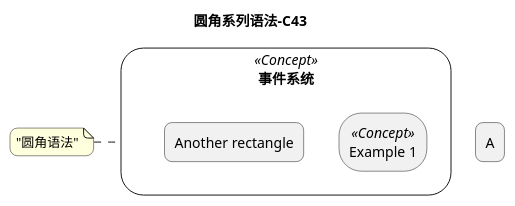
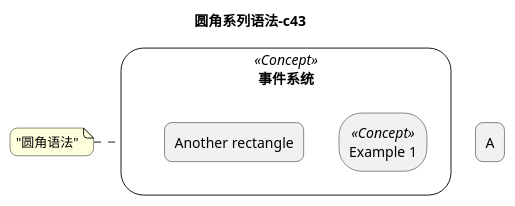
The third of 3 diagrams in examples/05_deploy_charts.puml (securitgithub/plantumlforvscode), drawn with PlantUML before and after one commit. The commit also changed other lines of this file and 43 other files, not shown here.

```diff
--- a/examples/05_deploy_charts.puml
+++ b/examples/05_deploy_charts.puml
@@ -92,17 +92,17 @@
 @startuml
-title 圆角系列语法-C43
+title 圆角系列语法-c43
 
 skinparam rectangle {
     roundCorner<<Concept>> 45
 }
 
 rectangle "事件系统" <<Concept>> {
     rectangle "Example 1" <<Concept>> as ex1
     rectangle "Another rectangle"
 }
 note left of 事件系统 : "圆角语法"
 
 skinparam roundCorner 15
 
 agent A
 @enduml
```
